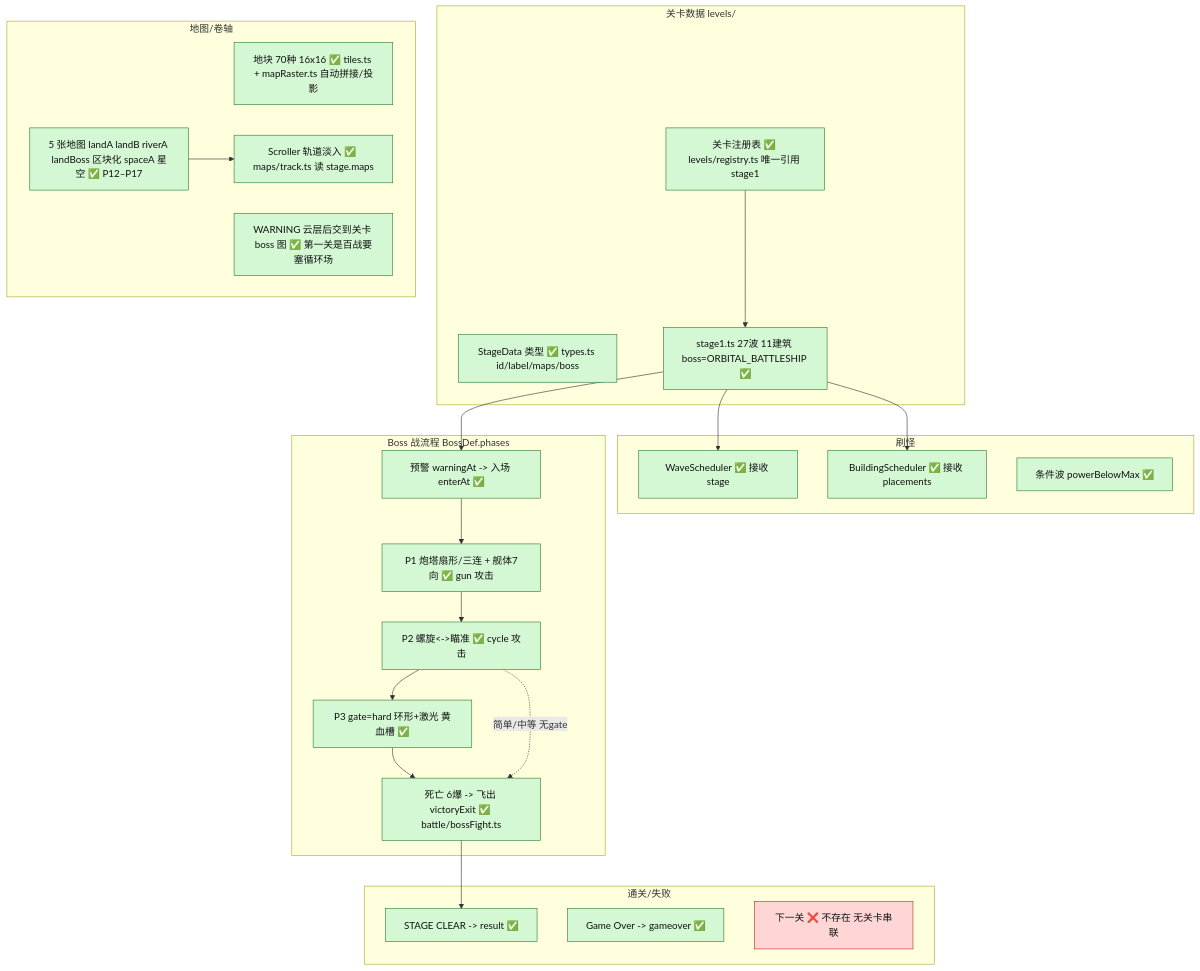
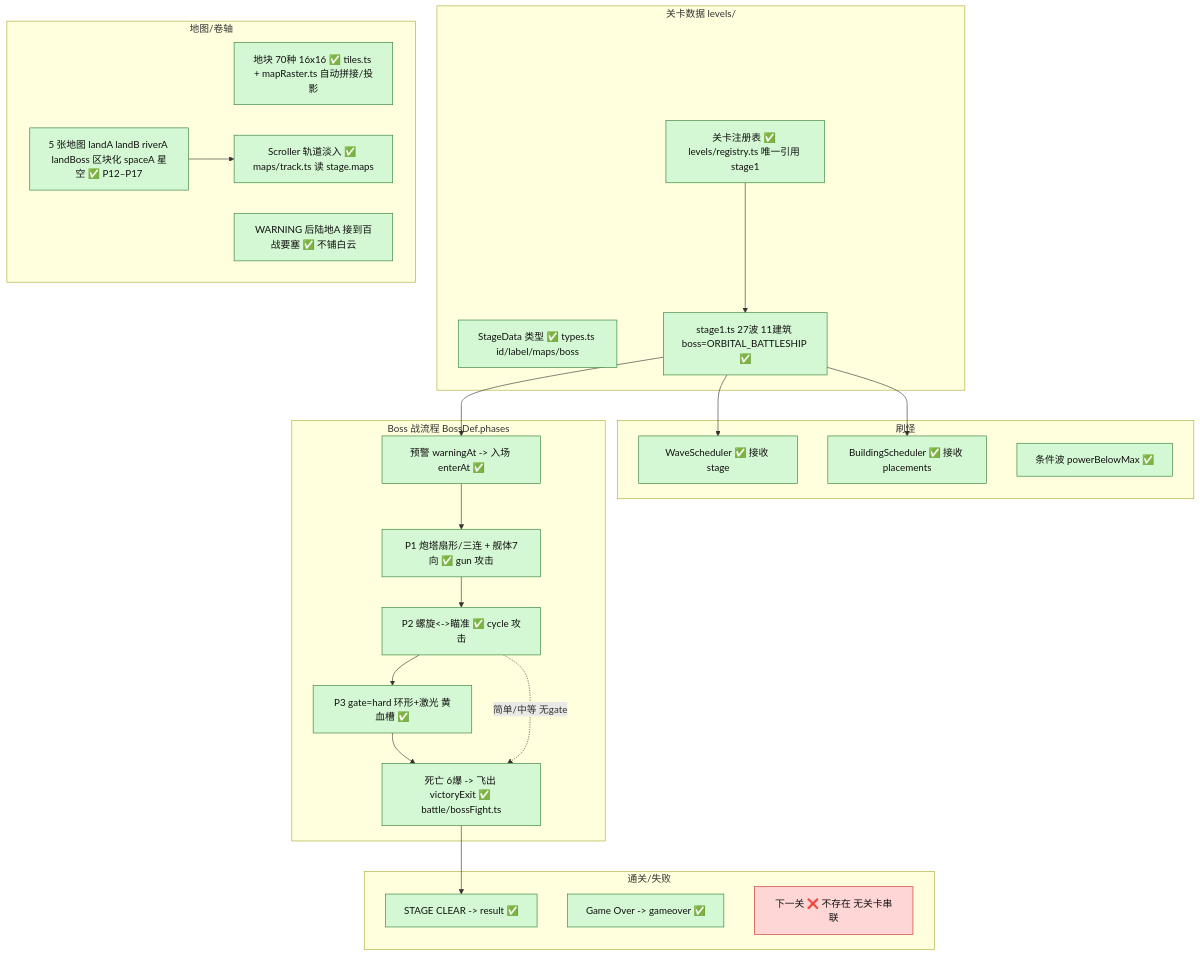
One commit to thedb/dianlei changed the fourth of 5 diagrams in docs/电雷_架构图_P11.md. Above: the diagram before and after it, drawn with Mermaid. The commit also changed 13 other files, not shown here.

````diff
--- a/docs/电雷_架构图_P11.md
+++ b/docs/电雷_架构图_P11.md
@@ -241,47 +241,47 @@
 ```mermaid
 flowchart TD
   classDef done fill:#d4f7d4,stroke:#2e7d32,color:#111
   classDef partial fill:#fff3c4,stroke:#c79100,color:#111
   classDef hard fill:#ffd6d6,stroke:#c62828,color:#111
 
   subgraph DATA["关卡数据 levels/"]
     SD["StageData 类型 ✅ types.ts id/label/maps/boss"]:::done
     S1["stage1.ts 27波 11建筑 boss=ORBITAL_BATTLESHIP ✅"]:::done
     REGS["关卡注册表 ✅ levels/registry.ts 唯一引用 stage1"]:::done
   end
 
   subgraph MAP["地图/卷轴"]
     T1["地块 70种 16x16 ✅ tiles.ts + mapRaster.ts 自动拼接/投影"]:::done
     T2["5 张地图 landA landB riverA landBoss 区块化 spaceA 星空 ✅ P12–P17"]:::done
     T3["Scroller 轨道淡入 ✅ maps/track.ts 读 stage.maps"]:::done
-    T4["WARNING 云层后交到关卡 boss 图 ✅ 第一关是百战要塞循环场"]:::done
+    T4["WARNING 后陆地A 接到百战要塞 ✅ 不铺白云"]:::done
   end
 
   subgraph SPAWN["刷怪"]
     W1["WaveScheduler ✅ 接收 stage"]:::done
     W2["BuildingScheduler ✅ 接收 placements"]:::done
     W3["条件波 powerBelowMax ✅"]:::done
   end
 
   subgraph BF["Boss 战流程 BossDef.phases"]
     BF1["预警 warningAt -> 入场 enterAt ✅"]:::done
     BF2["P1 炮塔扇形/三连 + 舰体7向 ✅ gun 攻击"]:::done
     BF3["P2 螺旋<->瞄准 ✅ cycle 攻击"]:::done
     BF4["P3 gate=hard 环形+激光 黄血槽 ✅"]:::done
     BF5["死亡 6爆 -> 飞出 victoryExit ✅ battle/bossFight.ts"]:::done
   end
 
   subgraph END["通关/失败"]
     R1["STAGE CLEAR -> result ✅"]:::done
     R2["Game Over -> gameover ✅"]:::done
     R3["下一关 ❌ 不存在 无关卡串联"]:::hard
   end
 
   REGS --> S1
   S1 --> W1
   S1 --> W2
   S1 --> BF1
   T2 --> T3
   BF1 --> BF2 --> BF3 --> BF4 --> BF5 --> R1
   BF3 -.简单/中等 无gate.-> BF5
 ```
````
